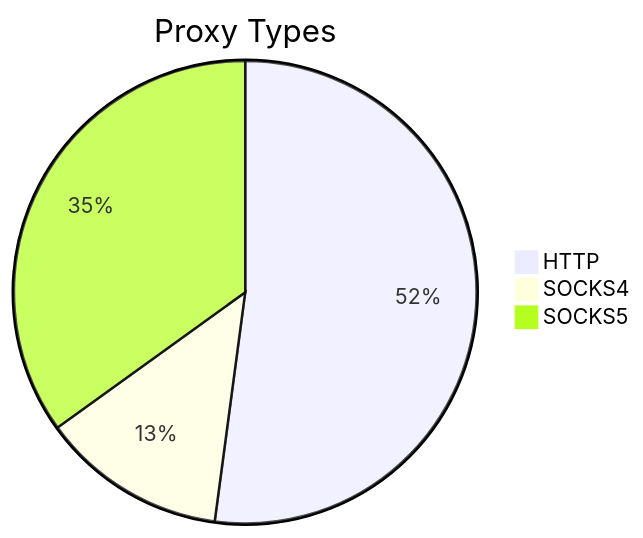
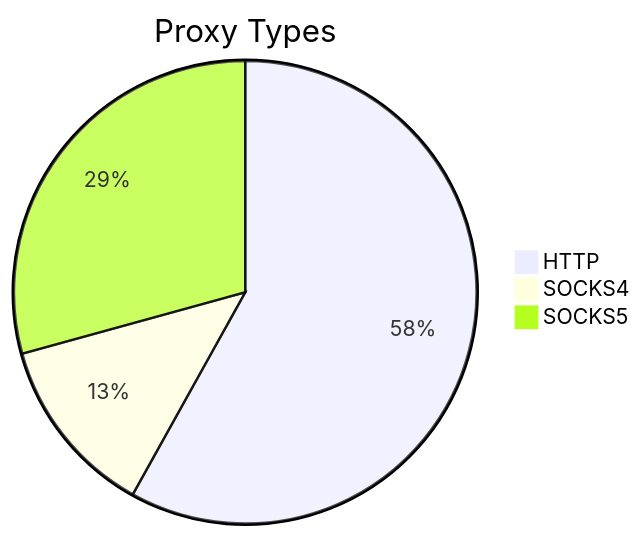
The first of 2 diagrams in README.md (stormsia/proxy-list), drawn with Mermaid before and after one commit. The commit also changed other lines of this file, not shown here.

````diff
--- a/README.md
+++ b/README.md
@@ -21,6 +21,6 @@
 ```mermaid
 pie title Proxy Types
-    "HTTP" : 173
-    "SOCKS4" : 43
-    "SOCKS5" : 116
+    "HTTP" : 248
+    "SOCKS4" : 54
+    "SOCKS5" : 125
 ```
````
